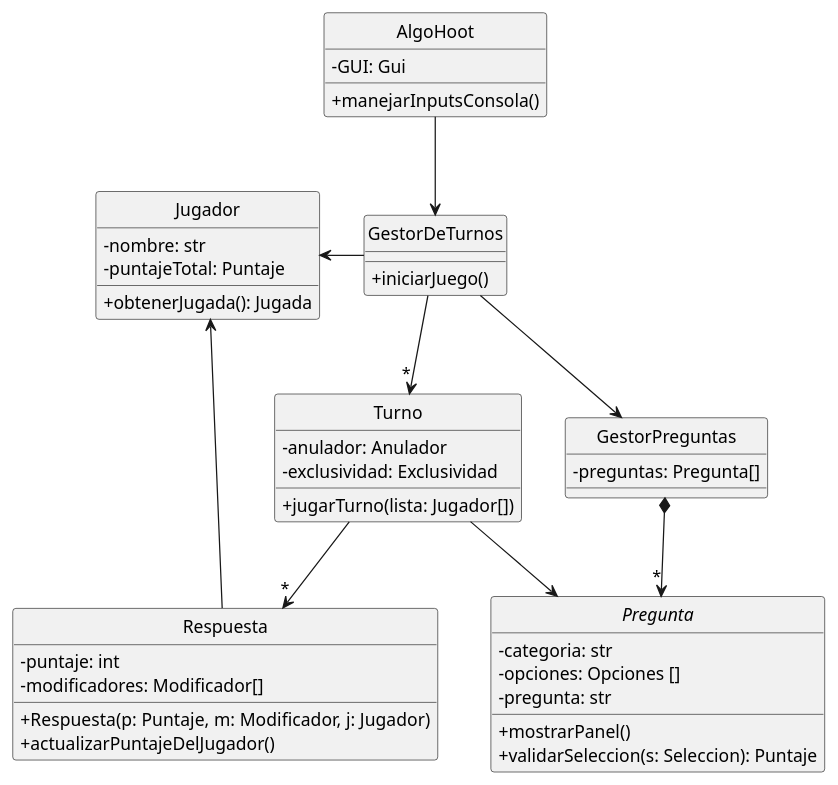
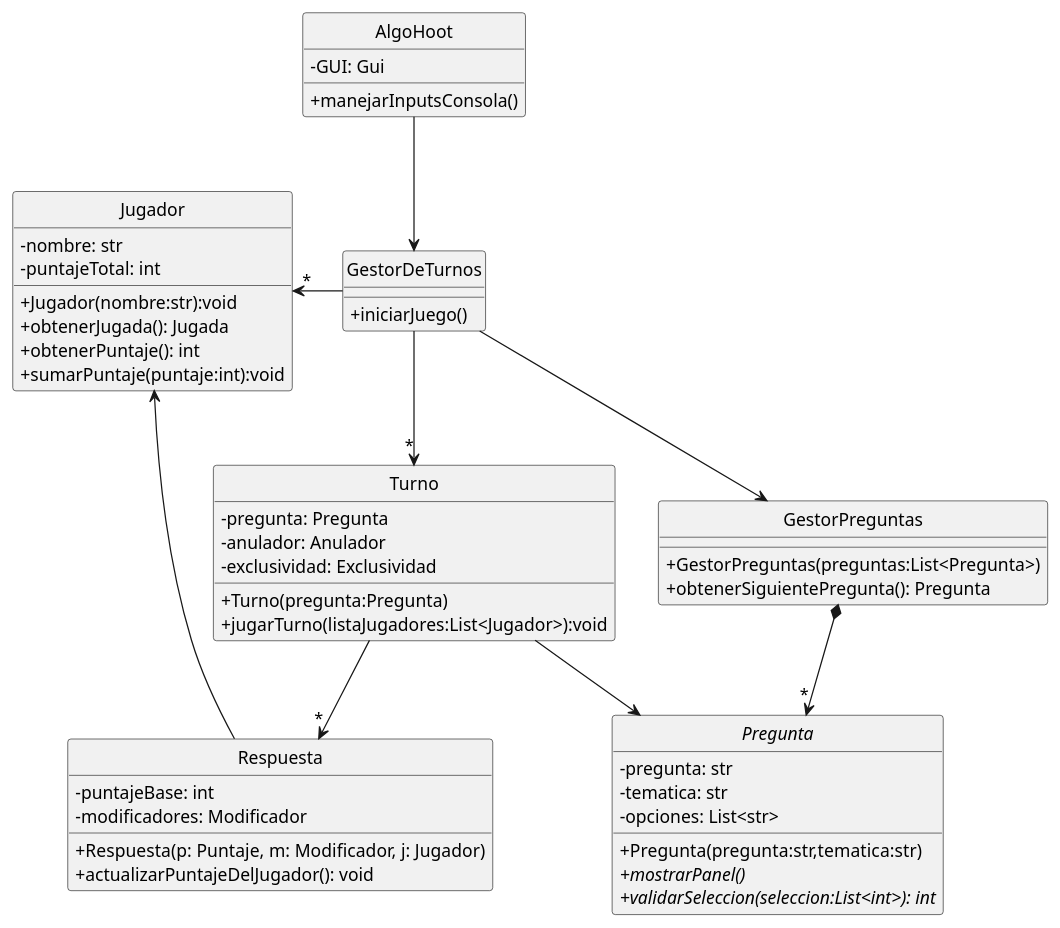
Before and after one commit to fiuba/algo3_proyecto_base_tp2: the diagram in diagrams/classes/clases2.plantuml, drawn with PlantUML.

Commit message:
actualizacion de diagrama de clases

```diff
--- a/diagrams/classes/clases2.plantuml
+++ b/diagrams/classes/clases2.plantuml
@@ -1,57 +1,63 @@
 @startuml clasesGenerales
 
 skinparam monochrome true
 hide circle
 skinparam classAttributeIconSize 0
 
 Abstract Pregunta {
-    - categoria: str
-    - opciones: Opciones []
     - pregunta: str
-    + mostrarPanel()
-    + validarSeleccion(s: Seleccion): Puntaje
+    - tematica: str
+    - opciones: List<str>
+    + Pregunta(pregunta:str,tematica:str)
+    + {abstract} mostrarPanel()
+    + {abstract} validarSeleccion(seleccion:List<int>): int
 }
 
 class GestorDeTurnos {
     + iniciarJuego()
 }
 
 class Turno {
+    - pregunta: Pregunta
     - anulador: Anulador
     - exclusividad: Exclusividad
-    + jugarTurno(lista: Jugador[])
+    + Turno(pregunta:Pregunta)
+    + jugarTurno(listaJugadores:List<Jugador>):void
 }
 
 class GestorPreguntas {
-    - preguntas: Pregunta[]
+    +GestorPreguntas(preguntas:List<Pregunta>)
+    +obtenerSiguientePregunta(): Pregunta
 }
 
 class Jugador {
     - nombre: str
-    - puntajeTotal: Puntaje
+    - puntajeTotal: int
+    + Jugador(nombre:str):void
     + obtenerJugada(): Jugada
-
+    + obtenerPuntaje(): int
+    + sumarPuntaje(puntaje:int):void
 }
 
 class Respuesta {
-    - puntaje: int
-    - modificadores: Modificador[]
+    - puntajeBase: int
+    - modificadores: Modificador
     + Respuesta(p: Puntaje, m: Modificador, j: Jugador)
-    + actualizarPuntajeDelJugador()
+    + actualizarPuntajeDelJugador(): void
 }
 
 class AlgoHoot {
     - GUI: Gui
     + manejarInputsConsola()
 }
 
-Jugador <- GestorDeTurnos
+Jugador "*" <- GestorDeTurnos
 GestorDeTurnos -down-> GestorPreguntas
 GestorDeTurnos -down-> "*" Turno
 GestorPreguntas *-->"*" Pregunta
 Turno --> Pregunta
 Turno --> "*" Respuesta
 Respuesta --> Jugador
 AlgoHoot --> GestorDeTurnos
 
 @enduml
```
